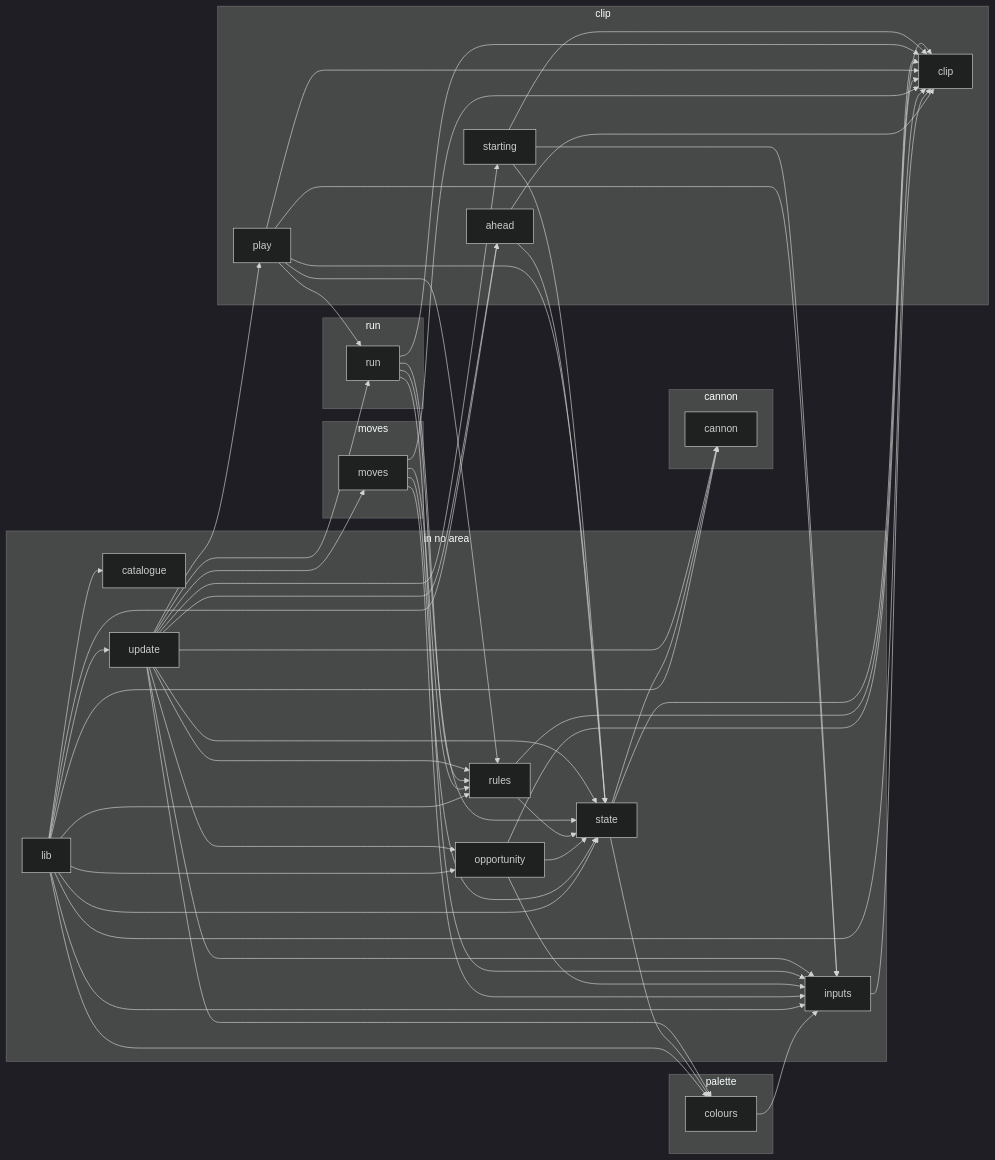
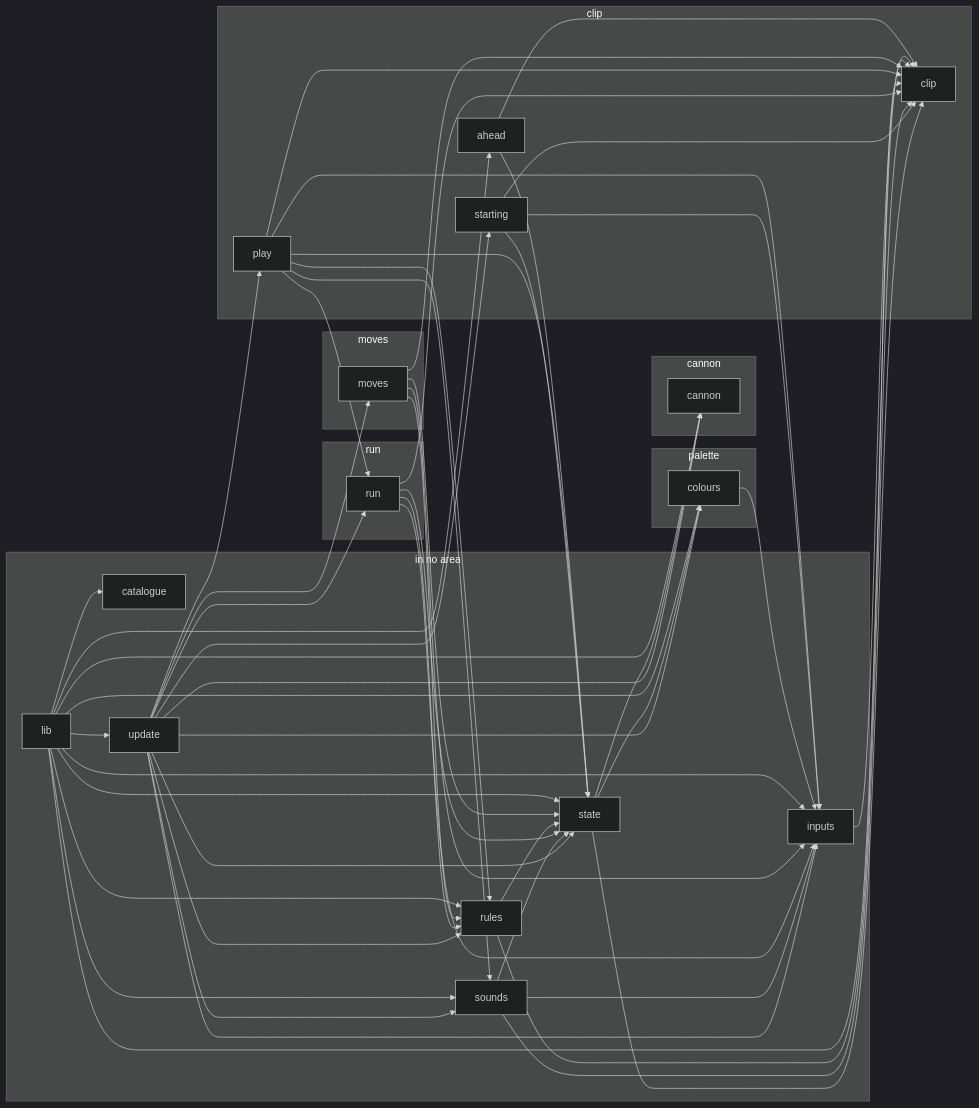
Before and after one commit to JimLundin/sm-decomp: diagram 11 of 18 in docs/REPORT.md, drawn with Mermaid (dark theme). The commit also changed other lines of this file and 39 other files, not shown here.

````diff
--- a/docs/REPORT.md
+++ b/docs/REPORT.md
@@ -1810,79 +1810,79 @@
 ```mermaid
 graph LR
   subgraph a_in_no_area["in no area"]
     m_catalogue["catalogue"]
     m_inputs["inputs"]
     m_lib["lib"]
-    m_opportunity["opportunity"]
     m_rules["rules"]
+    m_sounds["sounds"]
     m_state["state"]
     m_update["update"]
   end
   subgraph a_cannon["cannon"]
     m_cannon["cannon"]
   end
   subgraph a_clip["clip"]
     m_ahead["ahead"]
     m_clip["clip"]
     m_play["play"]
     m_starting["starting"]
   end
   subgraph a_moves["moves"]
     m_moves["moves"]
   end
   subgraph a_palette["palette"]
     m_colours["colours"]
   end
   subgraph a_run["run"]
     m_run["run"]
   end
   m_ahead --> m_clip
   m_ahead --> m_state
   m_colours --> m_inputs
   m_inputs --> m_clip
   m_lib --> m_ahead
   m_lib --> m_cannon
   m_lib --> m_catalogue
   m_lib --> m_clip
   m_lib --> m_colours
   m_lib --> m_inputs
-  m_lib --> m_opportunity
   m_lib --> m_rules
+  m_lib --> m_sounds
   m_lib --> m_state
   m_lib --> m_update
   m_moves --> m_clip
   m_moves --> m_inputs
   m_moves --> m_rules
   m_moves --> m_state
-  m_opportunity --> m_clip
-  m_opportunity --> m_inputs
-  m_opportunity --> m_state
   m_play --> m_clip
   m_play --> m_inputs
   m_play --> m_rules
   m_play --> m_run
+  m_play --> m_sounds
   m_play --> m_state
   m_rules --> m_clip
   m_rules --> m_state
   m_run --> m_clip
   m_run --> m_inputs
   m_run --> m_rules
   m_run --> m_state
+  m_sounds --> m_clip
+  m_sounds --> m_inputs
+  m_sounds --> m_state
   m_starting --> m_clip
   m_starting --> m_inputs
   m_starting --> m_state
   m_state --> m_cannon
   m_state --> m_clip
   m_state --> m_colours
-  m_update --> m_ahead
   m_update --> m_cannon
   m_update --> m_colours
   m_update --> m_inputs
   m_update --> m_moves
-  m_update --> m_opportunity
   m_update --> m_play
   m_update --> m_rules
   m_update --> m_run
+  m_update --> m_sounds
   m_update --> m_starting
   m_update --> m_state
 ```
````
